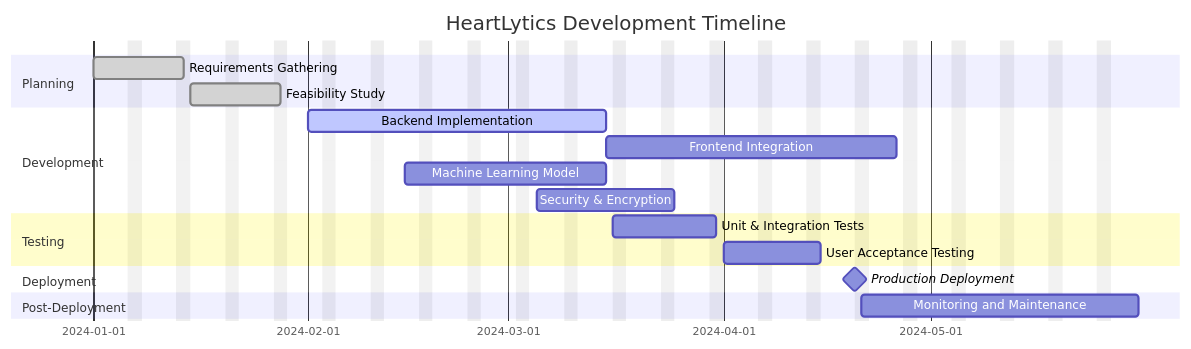
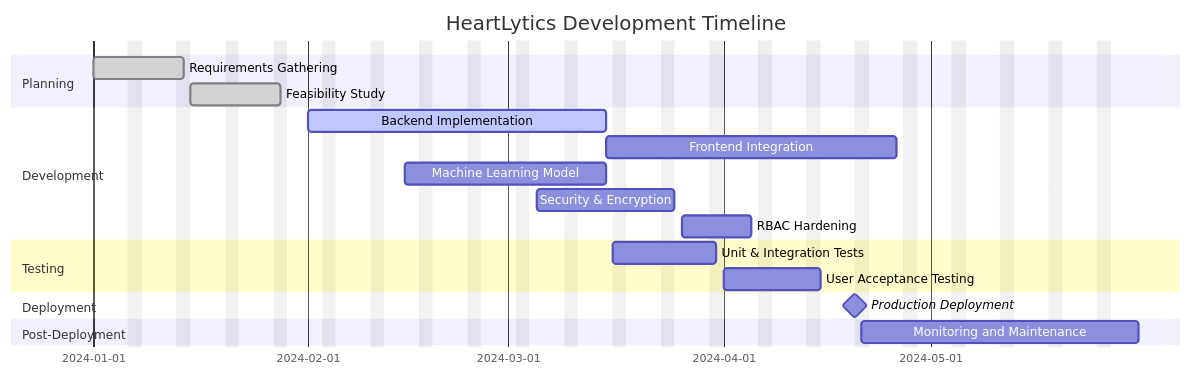
Before and after one commit to rasikasrimal/Heartlytics: the diagram in gantt_chart.md, drawn with Mermaid. The commit also changed 19 other files, not shown here.

````diff
--- a/gantt_chart.md
+++ b/gantt_chart.md
@@ -5,26 +5,27 @@
 ```mermaid
 gantt
     dateFormat  YYYY-MM-DD
     title HeartLytics Development Timeline
     excludes weekends
 
     section Planning
     Requirements Gathering          :done,    req, 2024-01-01,2024-01-14
     Feasibility Study               :done,    feas, 2024-01-15,2024-01-28
 
     section Development
     Backend Implementation          :active,  back, 2024-02-01,2024-03-15
     Frontend Integration            :         front, after back, 30d
     Machine Learning Model          :         ml,   2024-02-15,2024-03-15
     Security & Encryption           :         sec,  2024-03-05,2024-03-25
+    RBAC Hardening                  :         rbac, 2024-03-26,2024-04-05
 
     section Testing
     Unit & Integration Tests        :         test, 2024-03-16,2024-03-31
     User Acceptance Testing         :         uat,  2024-04-01,2024-04-15
 
     section Deployment
     Production Deployment           :milestone, deploy, 2024-04-20, 0d
 
     section Post-Deployment
     Monitoring and Maintenance      :         post, 2024-04-21,2024-05-31
 ```
````
